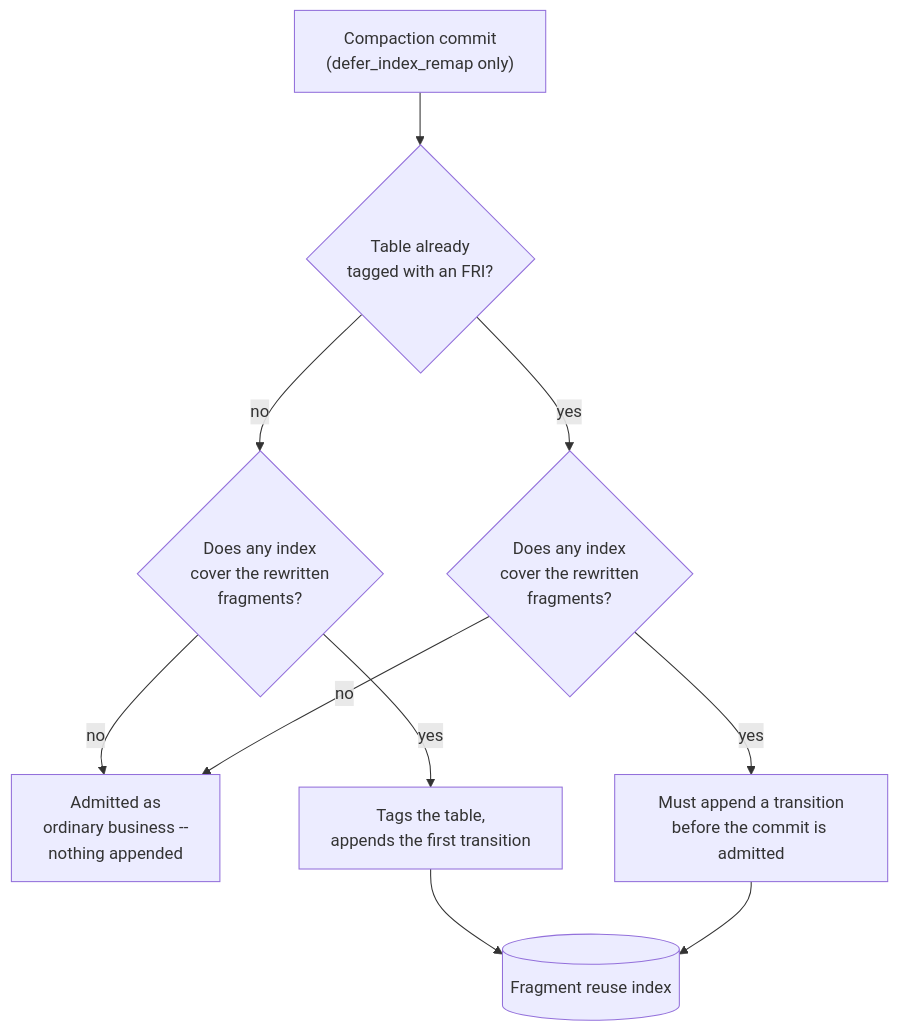
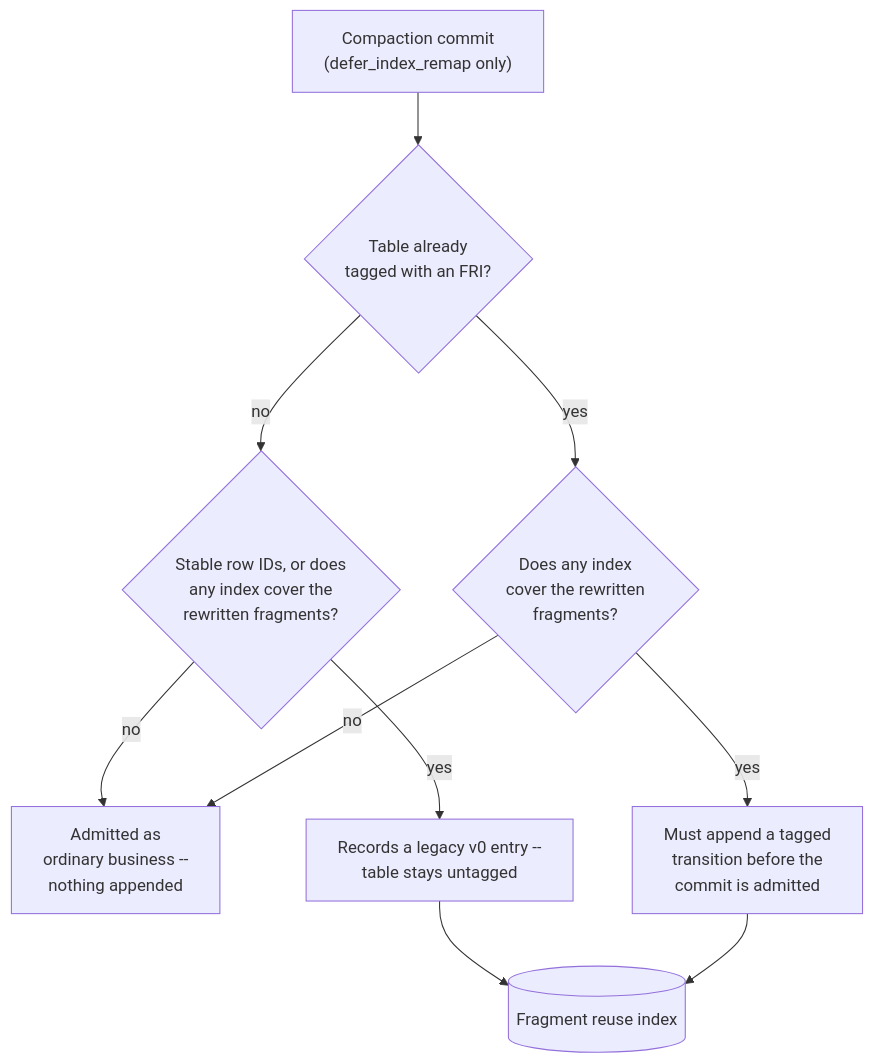
One commit to lancedb/lancedb changed the first of 2 diagrams in docs/web/enterprise/advanced-conflict-resolution.mdx. Above: the diagram before and after it, drawn with Mermaid. The commit also changed other lines of this file and 21 other files, not shown here.

````diff
--- a/docs/web/enterprise/advanced-conflict-resolution.mdx
+++ b/docs/web/enterprise/advanced-conflict-resolution.mdx
@@ -62,12 +68,12 @@
 ```mermaid
 flowchart TD
     Commit["Compaction commit<br/>(defer_index_remap only)"] --> Tagged{"Table already<br/>tagged with an FRI?"}
-    Tagged -->|no| First{"Does any index<br/>cover the rewritten<br/>fragments?"}
+    Tagged -->|no| First{"Stable row IDs, or does<br/>any index cover the<br/>rewritten fragments?"}
     First -->|no| Admit["Admitted as<br/>ordinary business --<br/>nothing appended"]
-    First -->|yes| Tag["Tags the table,<br/>appends the first transition"]
+    First -->|yes| V0["Records a legacy v0 entry --<br/>table stays untagged"]
     Tagged -->|yes| Classify{"Does any index<br/>cover the rewritten<br/>fragments?"}
     Classify -->|no| Admit
-    Classify -->|yes| Append["Must append a transition<br/>before the commit is admitted"]
-    Tag --> FRI[("Fragment reuse index")]
+    Classify -->|yes| Append["Must append a tagged<br/>transition before the<br/>commit is admitted"]
+    V0 --> FRI[("Fragment reuse index")]
     Append --> FRI
 ```
````
